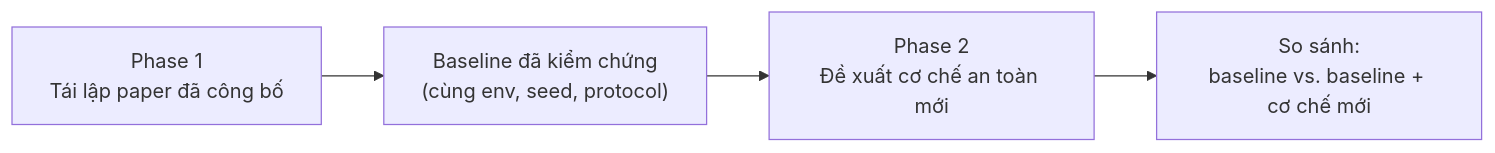
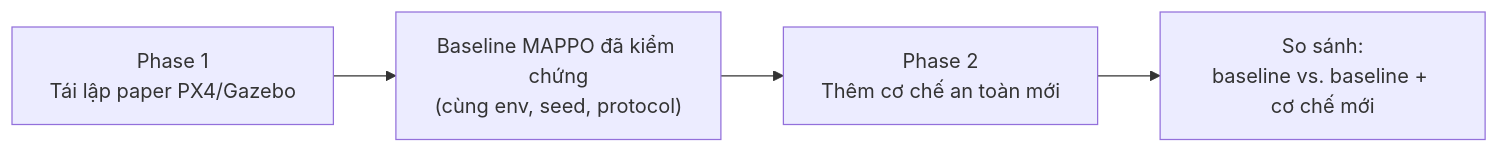
The first of 3 diagrams in README.md (Grizzlazy/Safe-MARL-UAV), drawn with Mermaid before and after one commit. The commit also changed other lines of this file, not shown here.

````diff
--- a/README.md
+++ b/README.md
@@ -17,6 +17,6 @@
 ```mermaid
 flowchart LR
-    A["Phase 1<br/>Tái lập paper đã công bố"] --> B["Baseline đã kiểm chứng<br/>(cùng env, seed, protocol)"]
-    B --> C["Phase 2<br/>Đề xuất cơ chế an toàn mới"]
+    A["Phase 1<br/>Tái lập paper PX4/Gazebo"] --> B["Baseline MAPPO đã kiểm chứng<br/>(cùng env, seed, protocol)"]
+    B --> C["Phase 2<br/>Thêm cơ chế an toàn mới"]
     C --> D["So sánh:<br/>baseline vs. baseline + cơ chế mới"]
 ```
````
